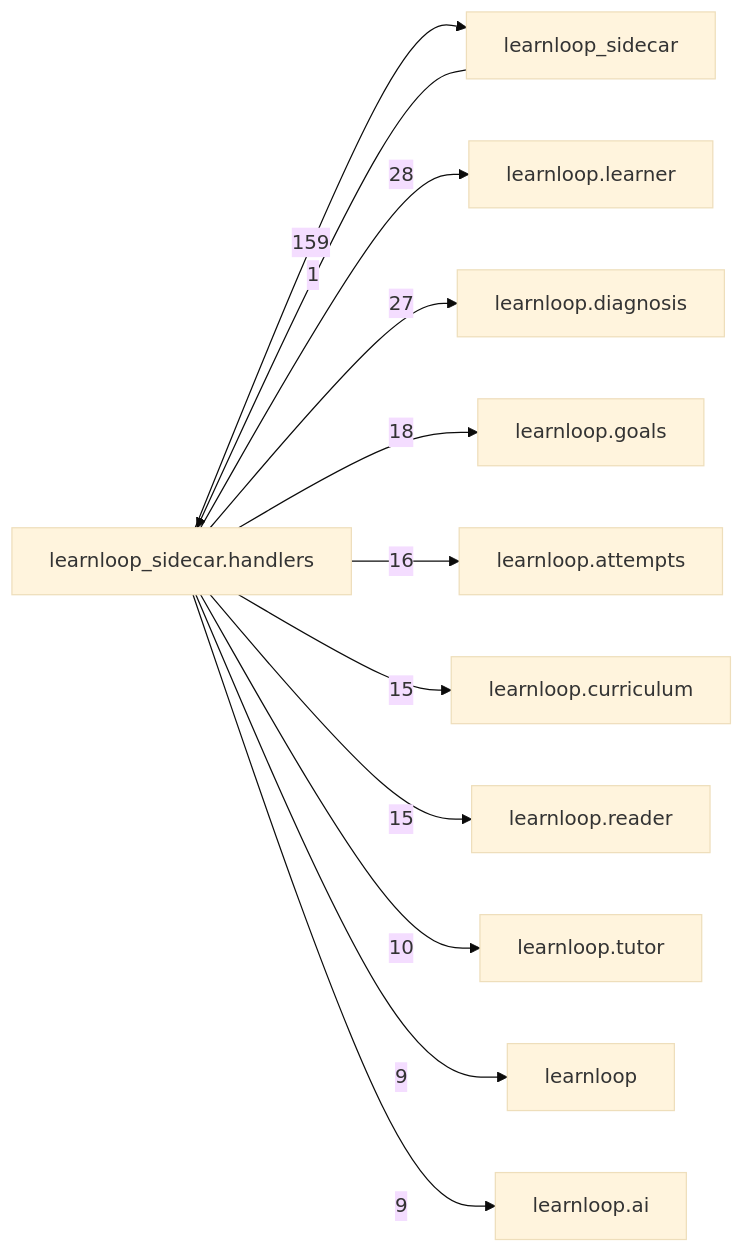
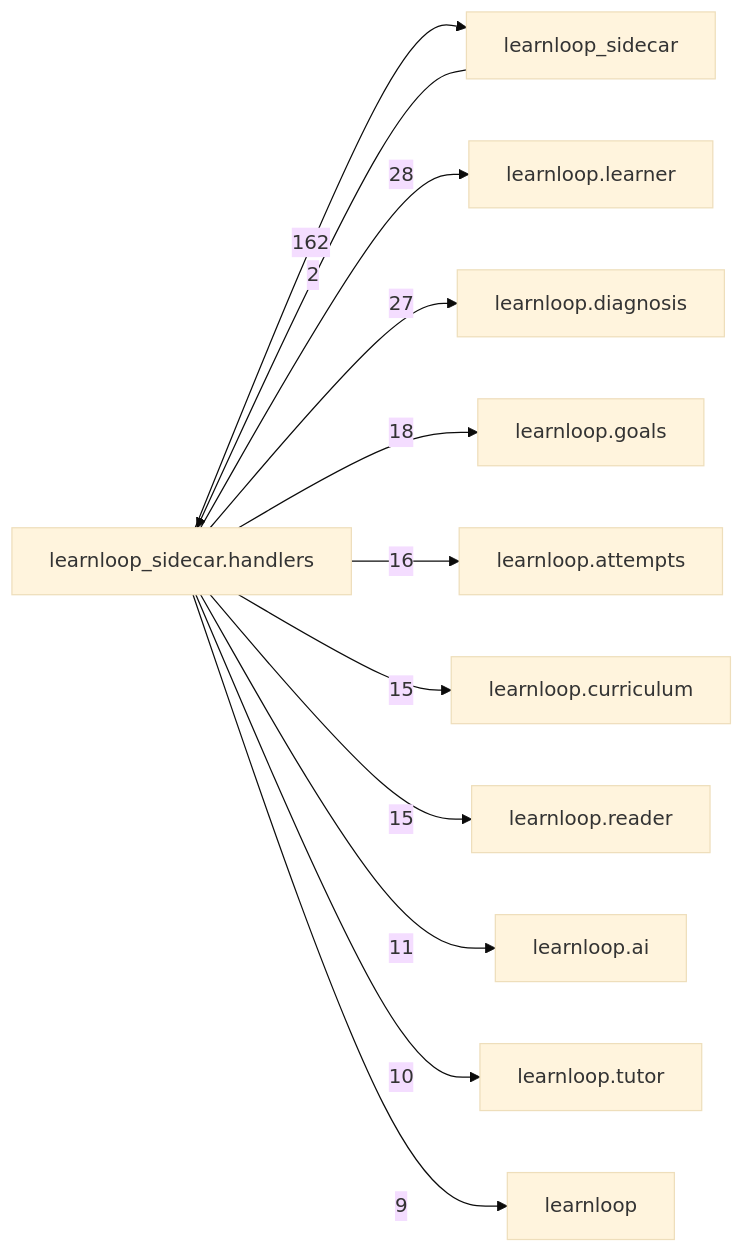
The diagram in docs/learnloop-architecture-vault/Reference/Modules/learnloop_sidecar/handlers/_package.md (6up-b/learnanything), drawn with Mermaid (base theme) before and after one commit. The commit also changed other lines of this file and 633 other files, not shown here.

````diff
--- a/docs/learnloop-architecture-vault/Reference/Modules/learnloop_sidecar/handlers/_package.md
+++ b/docs/learnloop-architecture-vault/Reference/Modules/learnloop_sidecar/handlers/_package.md
@@ -168,25 +171,25 @@
 ```mermaid
 flowchart LR
     center["learnloop_sidecar.handlers"]
     n_learnloop_sidecar["learnloop_sidecar"]
     n_learnloop_learner["learnloop.learner"]
     n_learnloop_diagnosis["learnloop.diagnosis"]
     n_learnloop_goals["learnloop.goals"]
     n_learnloop_attempts["learnloop.attempts"]
     n_learnloop_curriculum["learnloop.curriculum"]
     n_learnloop_reader["learnloop.reader"]
+    n_learnloop_ai["learnloop.ai"]
     n_learnloop_tutor["learnloop.tutor"]
     n_learnloop["learnloop"]
-    n_learnloop_ai["learnloop.ai"]
-    n_learnloop_sidecar -->|1| center
-    center -->|159| n_learnloop_sidecar
+    n_learnloop_sidecar -->|2| center
+    center -->|162| n_learnloop_sidecar
     center -->|28| n_learnloop_learner
     center -->|27| n_learnloop_diagnosis
     center -->|18| n_learnloop_goals
     center -->|16| n_learnloop_attempts
     center -->|15| n_learnloop_curriculum
     center -->|15| n_learnloop_reader
+    center -->|11| n_learnloop_ai
     center -->|10| n_learnloop_tutor
     center -->|9| n_learnloop
-    center -->|9| n_learnloop_ai
 ```
````
